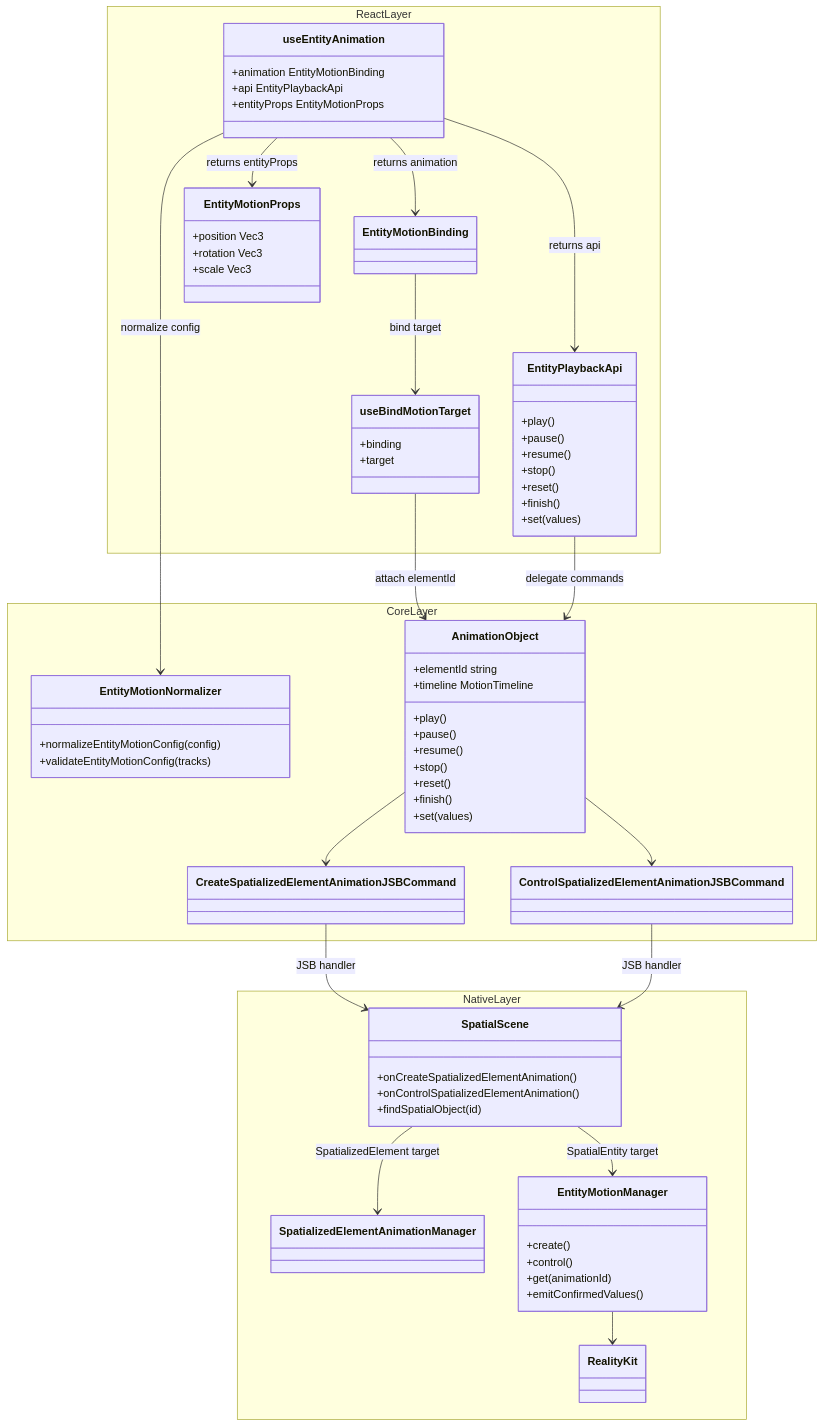
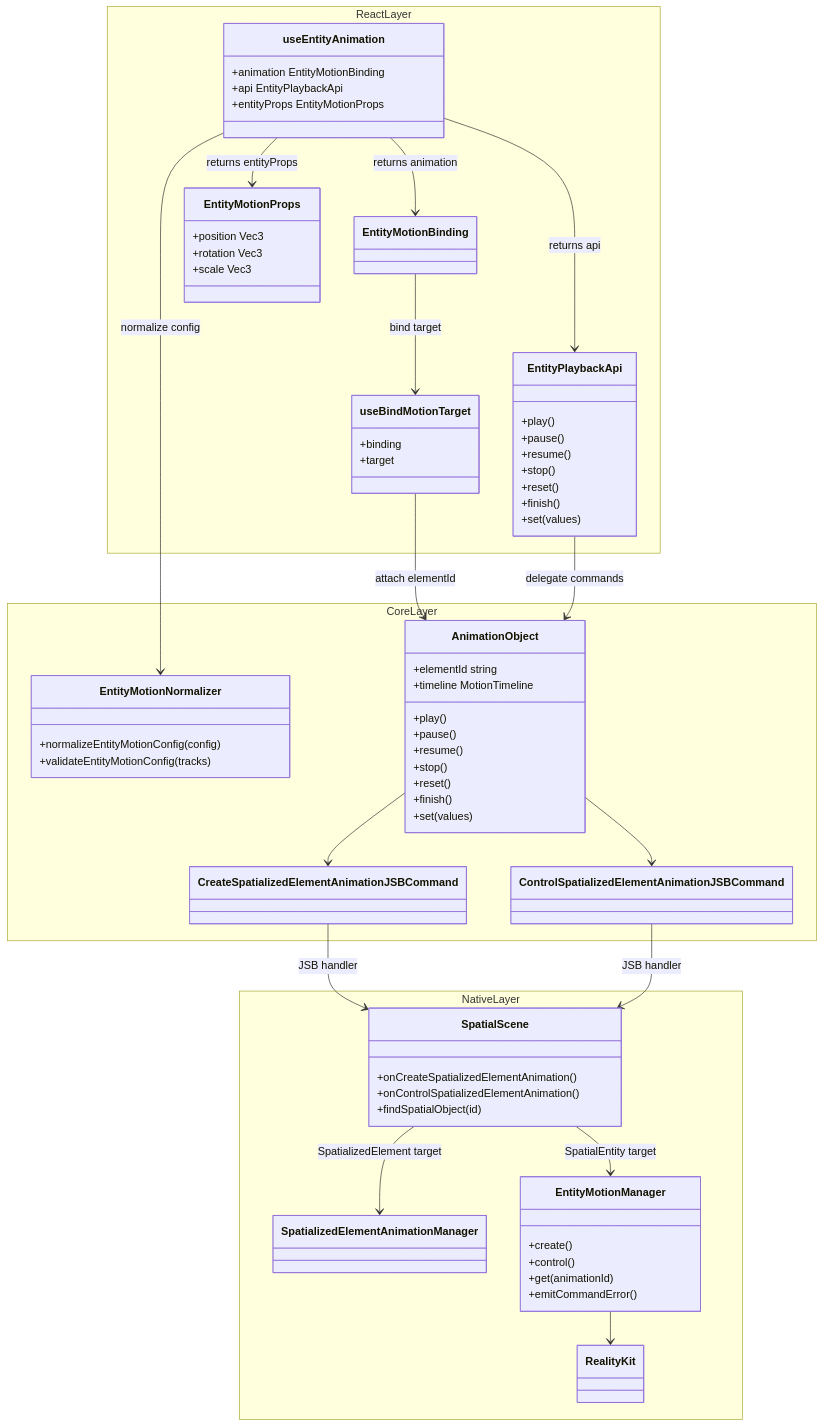
One commit to webspatial/webspatial-sdk changed the sixth of 11 diagrams in openspec/changes/redesign-entity-motion-api/design.md. Above: the diagram before and after it, drawn with Mermaid. The commit also changed other lines of this file and 1 other file, not shown here.

Commit message:
sync graph

````diff
--- a/openspec/changes/redesign-entity-motion-api/design.md
+++ b/openspec/changes/redesign-entity-motion-api/design.md
@@ -536,77 +536,77 @@
 ```mermaid
 classDiagram
     namespace ReactLayer {
         class useEntityAnimation {
             +animation EntityMotionBinding
             +api EntityPlaybackApi
             +entityProps EntityMotionProps
         }
         class EntityPlaybackApi {
             +play()
             +pause()
             +resume()
             +stop()
             +reset()
             +finish()
             +set(values)
         }
         class EntityMotionBinding
         class EntityMotionProps {
             +position Vec3
             +rotation Vec3
             +scale Vec3
         }
         class useBindMotionTarget {
             +binding
             +target
         }
     }
     namespace CoreLayer {
         class EntityMotionNormalizer {
             +normalizeEntityMotionConfig(config)
             +validateEntityMotionConfig(tracks)
         }
         class AnimationObject {
             +elementId string
             +timeline MotionTimeline
             +play()
             +pause()
             +resume()
             +stop()
             +reset()
             +finish()
             +set(values)
         }
         class CreateSpatializedElementAnimationJSBCommand
         class ControlSpatializedElementAnimationJSBCommand
     }
     namespace NativeLayer {
         class SpatialScene {
             +onCreateSpatializedElementAnimation()
             +onControlSpatializedElementAnimation()
             +findSpatialObject(id)
         }
         class SpatializedElementAnimationManager
         class EntityMotionManager {
             +create()
             +control()
             +get(animationId)
-            +emitConfirmedValues()
+            +emitCommandError()
         }
         class RealityKit
     }
     useEntityAnimation --> EntityMotionBinding : returns animation
     useEntityAnimation --> EntityPlaybackApi : returns api
     useEntityAnimation --> EntityMotionProps : returns entityProps
     useEntityAnimation --> EntityMotionNormalizer : normalize config
     EntityMotionBinding --> useBindMotionTarget : bind target
     useBindMotionTarget --> AnimationObject : attach elementId
     EntityPlaybackApi --> AnimationObject : delegate commands
     AnimationObject --> CreateSpatializedElementAnimationJSBCommand
     AnimationObject --> ControlSpatializedElementAnimationJSBCommand
     CreateSpatializedElementAnimationJSBCommand --> SpatialScene : JSB handler
     ControlSpatializedElementAnimationJSBCommand --> SpatialScene : JSB handler
     SpatialScene --> SpatializedElementAnimationManager : SpatializedElement target
     SpatialScene --> EntityMotionManager : SpatialEntity target
     EntityMotionManager --> RealityKit
 ```
````
